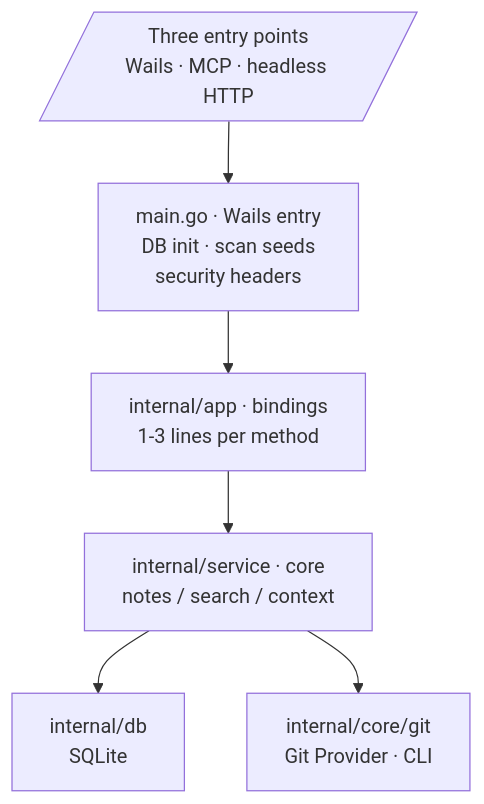
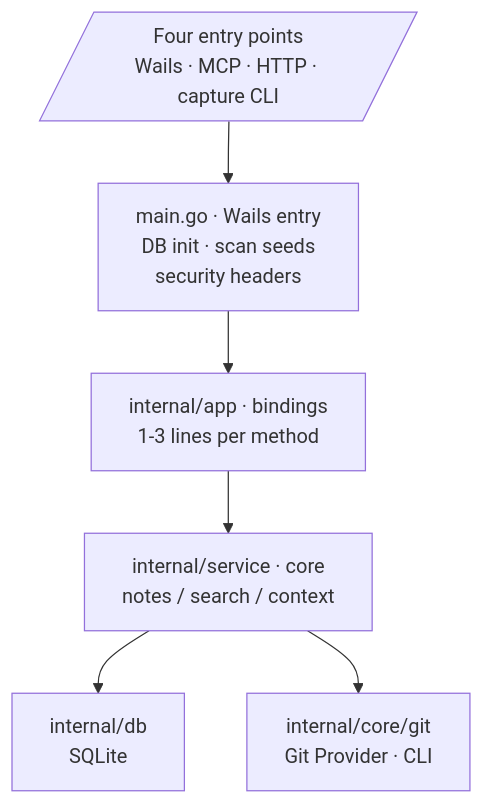
Before and after one commit to sky-jiangcheng/cinder: the first of 5 diagrams in docs/en/architecture.md, drawn with Mermaid. The commit also changed other lines of this file and 1 other file, not shown here.

First line of the commit message:
docs(architecture): 同步四端入口与支撑包清单（中英）

````diff
--- a/docs/en/architecture.md
+++ b/docs/en/architecture.md
@@ -16,12 +16,12 @@
 ```mermaid
 flowchart TB
-    ENTRY[/"Three entry points<br/>Wails · MCP · headless HTTP"/]
+    ENTRY[/"Four entry points<br/>Wails · MCP · HTTP · capture CLI"/]
     MAIN["main.go · Wails entry<br/>DB init · scan seeds<br/>security headers"]
     APP["internal/app · bindings<br/>1-3 lines per method"]
     SVC["internal/service · core<br/>notes / search / context"]
     DB["internal/db<br/>SQLite"]
     GIT["internal/core/git<br/>Git Provider · CLI"]
     ENTRY --> MAIN --> APP --> SVC
     SVC --> DB
     SVC --> GIT
 ```
````
